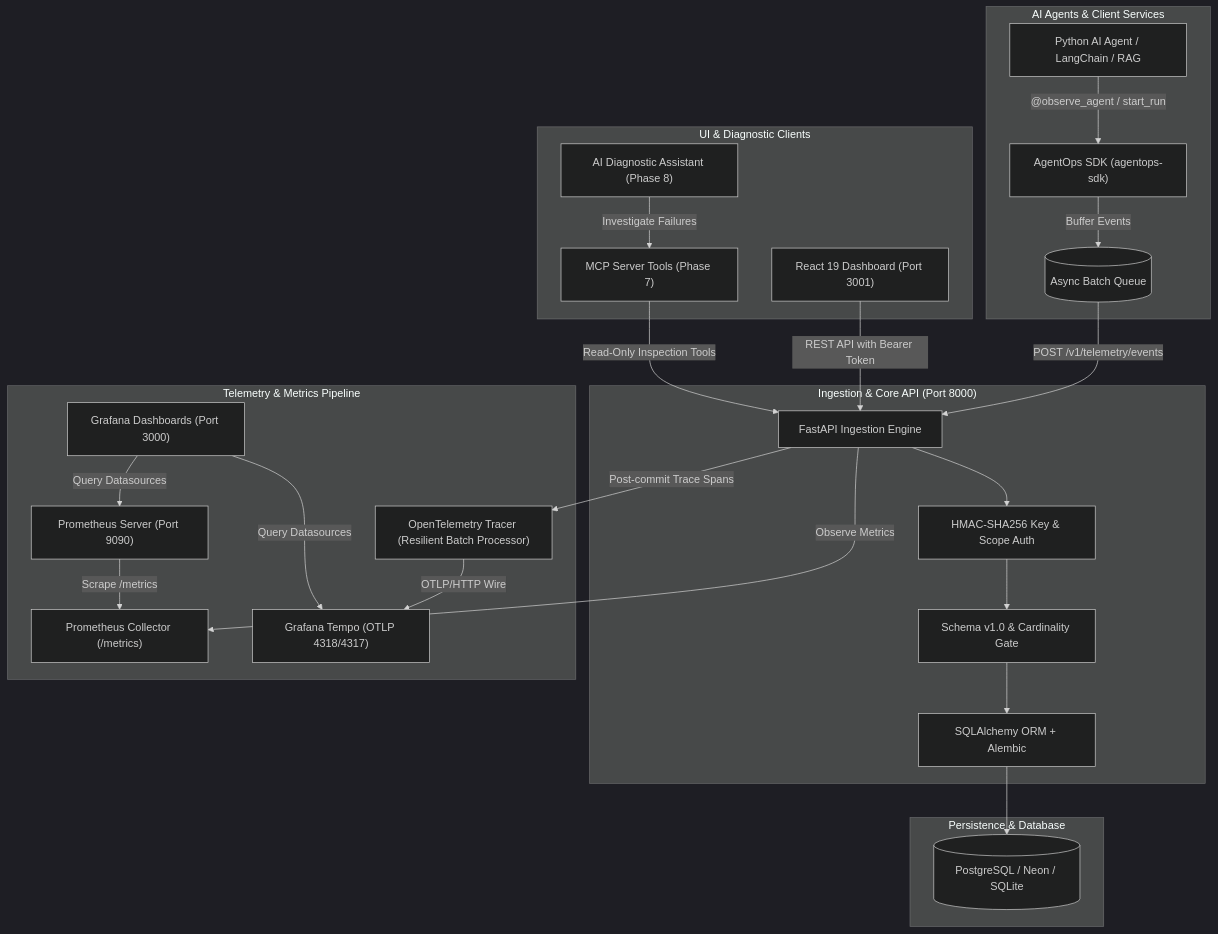
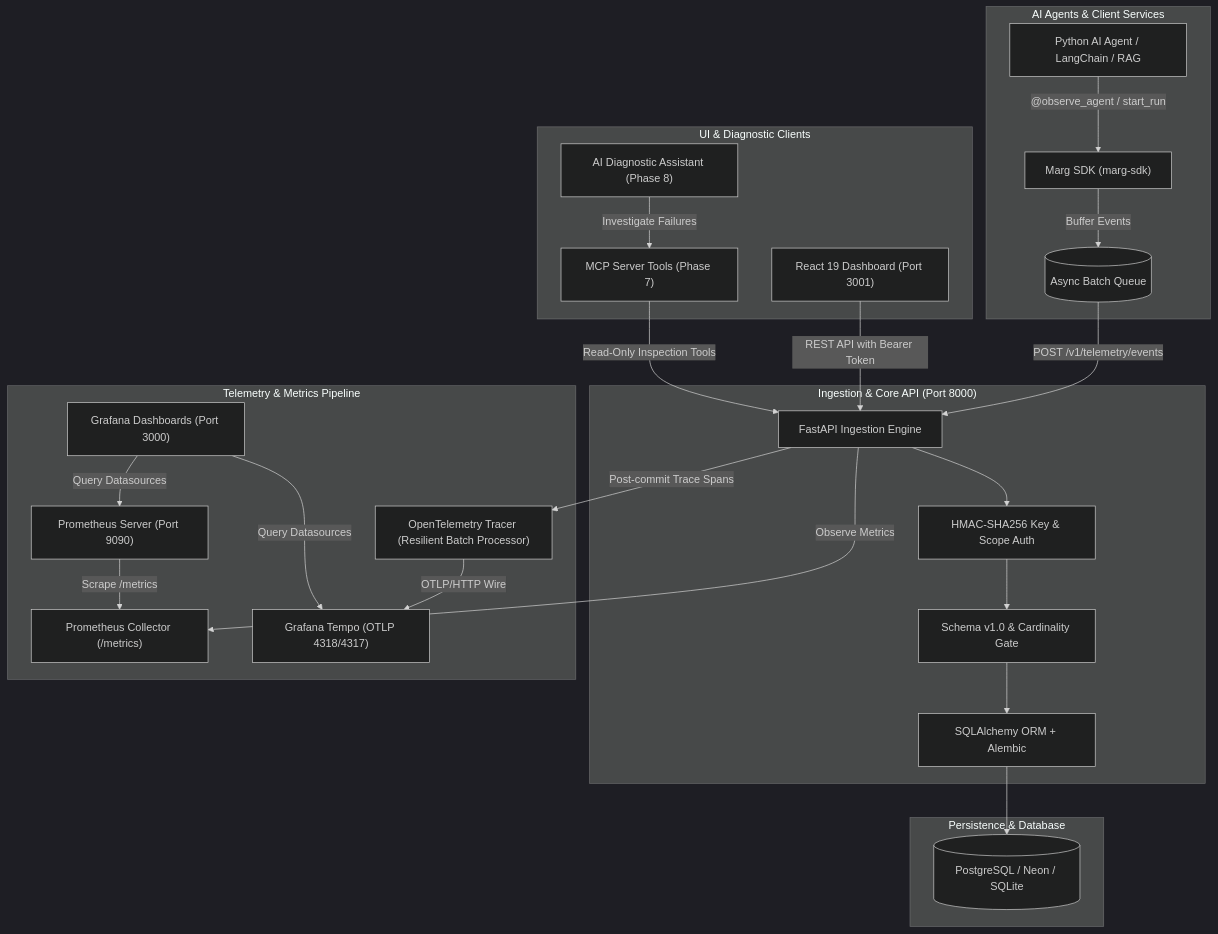
Before and after one commit to falakrana/MargMCP: the diagram in README.md, drawn with Mermaid (dark theme). The commit also changed other lines of this file and 131 other files, not shown here.

````diff
--- a/README.md
+++ b/README.md
@@ -42,49 +42,49 @@
 ```mermaid
 flowchart TD
     subgraph ClientApplications["AI Agents & Client Services"]
         Agent["Python AI Agent / LangChain / RAG"]
-        SDK["AgentOps SDK (agentops-sdk)"]
+        SDK["Marg SDK (marg-sdk)"]
         Queue[("Async Batch Queue")]
         Agent -->|"@observe_agent / start_run"| SDK
         SDK -->|Buffer Events| Queue
     end
 
     subgraph IngestionPlane["Ingestion & Core API (Port 8000)"]
         FastAPI["FastAPI Ingestion Engine"]
         Auth["HMAC-SHA256 Key & Scope Auth"]
         Validator["Schema v1.0 & Cardinality Gate"]
         DBAccess["SQLAlchemy ORM + Alembic"]
         Queue -->|POST /v1/telemetry/events| FastAPI
         FastAPI --> Auth --> Validator --> DBAccess
     end
 
     subgraph StorageLayer["Persistence & Database"]
         DB[("PostgreSQL / Neon / SQLite")]
         DBAccess --> DB
     end
 
     subgraph ObservabilityPlane["Telemetry & Metrics Pipeline"]
         OTel["OpenTelemetry Tracer (Resilient Batch Processor)"]
         Prom["Prometheus Collector (/metrics)"]
         Tempo["Grafana Tempo (OTLP 4318/4317)"]
         PromServer["Prometheus Server (Port 9090)"]
         Grafana["Grafana Dashboards (Port 3000)"]
 
         FastAPI -->|Post-commit Trace Spans| OTel
         FastAPI -->|Observe Metrics| Prom
         OTel -->|OTLP/HTTP Wire| Tempo
         PromServer -->|Scrape /metrics| Prom
         Grafana -->|Query Datasources| Tempo
         Grafana -->|Query Datasources| PromServer
     end
 
     subgraph Visualization["UI & Diagnostic Clients"]
         Dashboard["React 19 Dashboard (Port 3001)"]
         MCP["MCP Server Tools (Phase 7)"]
         Assistant["AI Diagnostic Assistant (Phase 8)"]
 
         Dashboard -->|REST API with Bearer Token| FastAPI
         MCP -->|Read-Only Inspection Tools| FastAPI
         Assistant -->|Investigate Failures| MCP
     end
 ```
````
